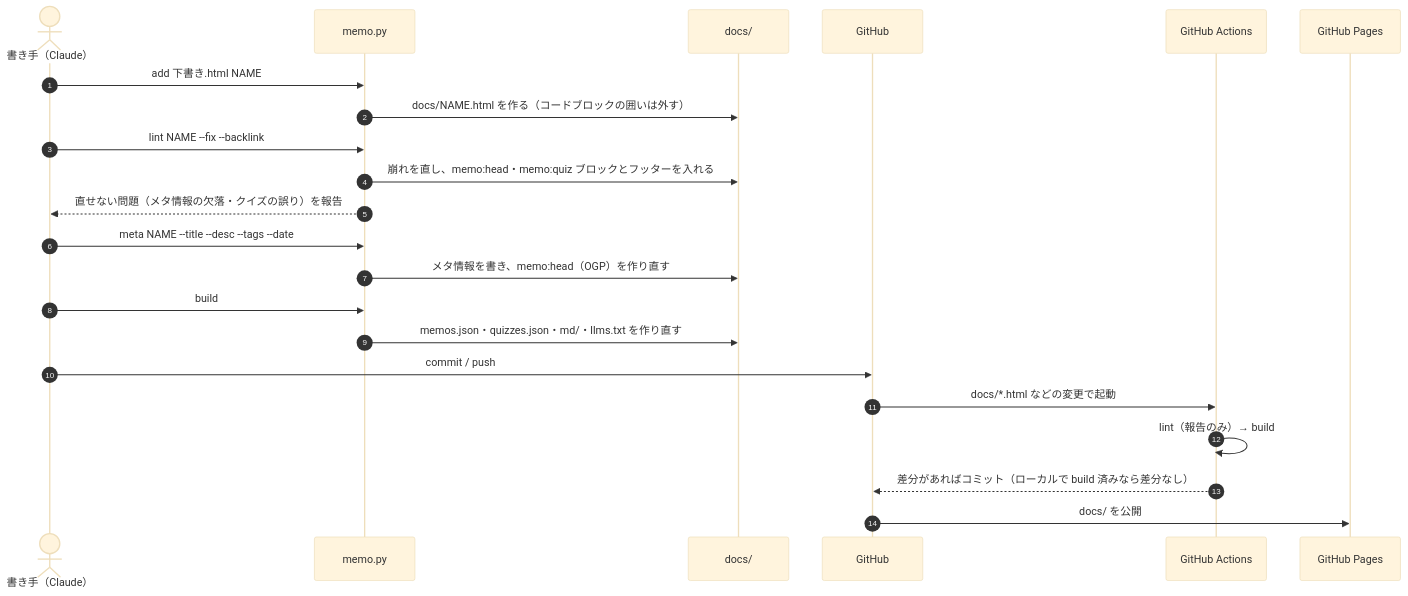
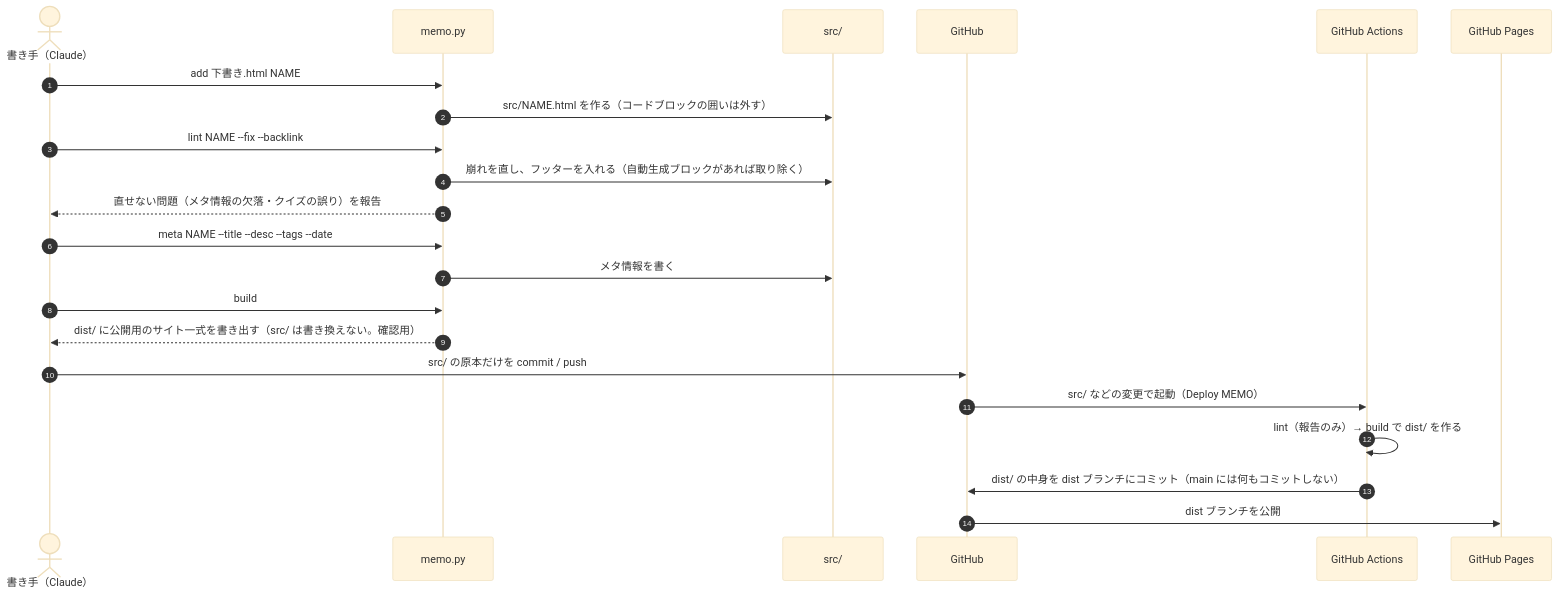
One commit to taka1156/memo-kit changed the third of 10 diagrams in memo-detail.md. Above: the diagram before and after it, drawn with Mermaid (base theme). The commit also changed other lines of this file and 48 other files, not shown here.

First line of the commit message:
build を dist/ に出力し、dist ブランチにデプロイする（原本は src/）

````diff
--- a/memo-detail.md
+++ b/memo-detail.md
@@ -177,25 +158,25 @@
 ```mermaid
 sequenceDiagram
   autonumber
   actor U as 書き手（Claude）
   participant P as memo.py
-  participant D as docs/
+  participant D as src/
   participant G as GitHub
   participant A as GitHub Actions
   participant S as GitHub Pages
 
   U->>P: add 下書き.html NAME
-  P->>D: docs/NAME.html を作る（コードブロックの囲いは外す）
+  P->>D: src/NAME.html を作る（コードブロックの囲いは外す）
   U->>P: lint NAME --fix --backlink
-  P->>D: 崩れを直し、memo:head・memo:quiz ブロックとフッターを入れる
+  P->>D: 崩れを直し、フッターを入れる（自動生成ブロックがあれば取り除く）
   P-->>U: 直せない問題（メタ情報の欠落・クイズの誤り）を報告
   U->>P: meta NAME --title --desc --tags --date
-  P->>D: メタ情報を書き、memo:head（OGP）を作り直す
+  P->>D: メタ情報を書く
   U->>P: build
-  P->>D: memos.json・quizzes.json・md/・llms.txt を作り直す
-  U->>G: commit / push
-  G->>A: docs/*.html などの変更で起動
-  A->>A: lint（報告のみ）→ build
-  A-->>G: 差分があればコミット（ローカルで build 済みなら差分なし）
-  G->>S: docs/ を公開
+  P-->>U: dist/ に公開用のサイト一式を書き出す（src/ は書き換えない。確認用）
+  U->>G: src/ の原本だけを commit / push
+  G->>A: src/ などの変更で起動（Deploy MEMO）
+  A->>A: lint（報告のみ）→ build で dist/ を作る
+  A->>G: dist/ の中身を dist ブランチにコミット（main には何もコミットしない）
+  G->>S: dist ブランチを公開
 ```
````
